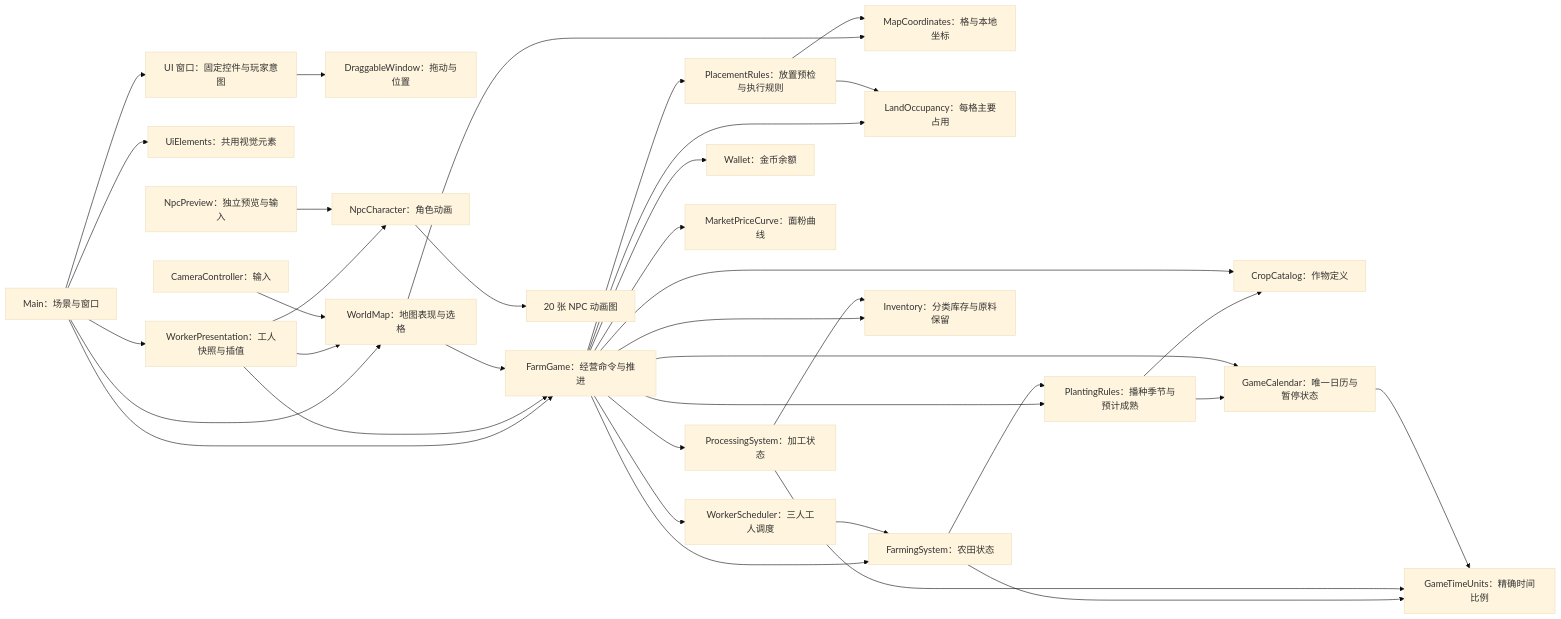
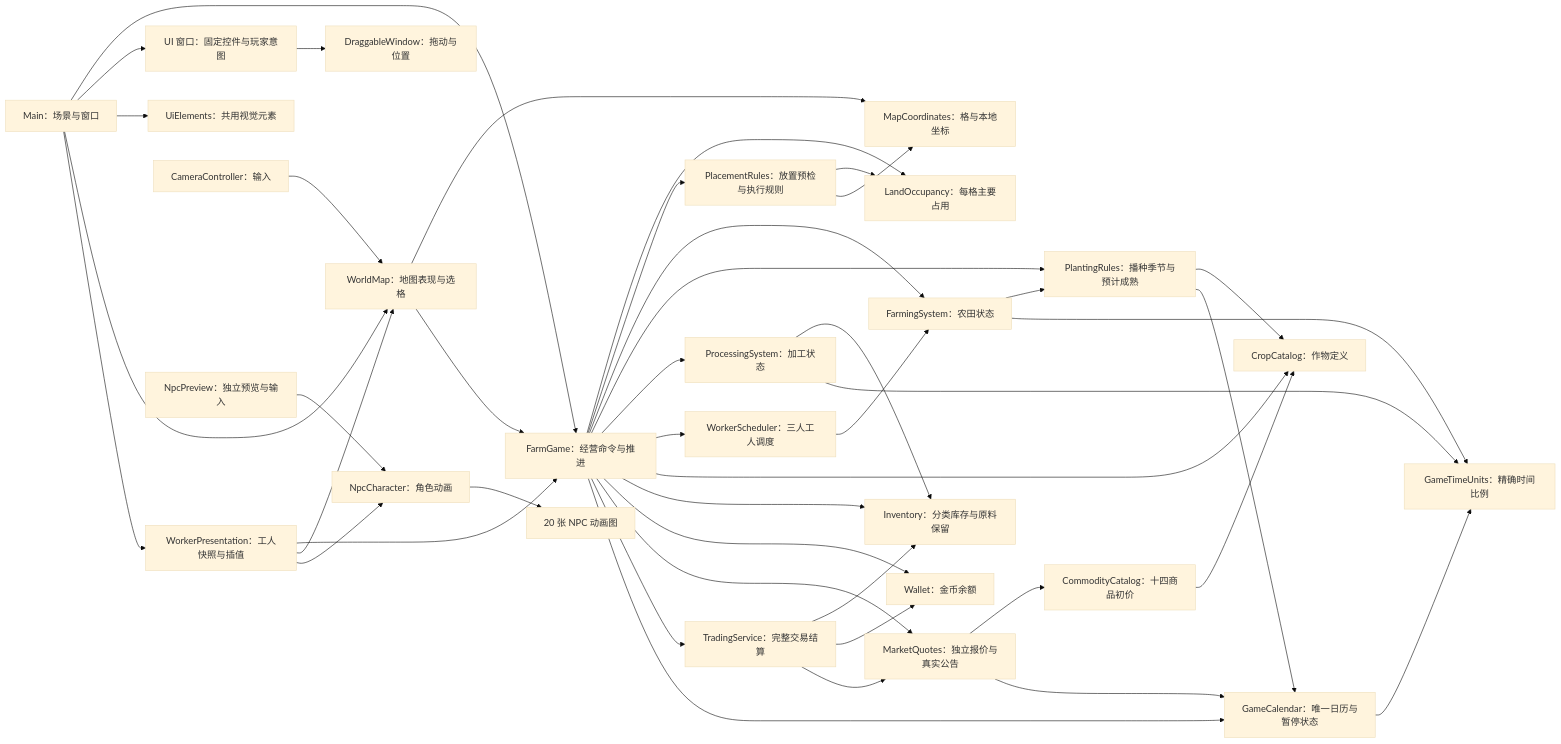
The diagram in docs/architecture/implementation-system-organization.md (Fotally/Farm-Exchange), drawn with Mermaid (base theme) before and after one commit. The commit also changed other lines of this file and 72 other files, not shown here.

Commit message:
feat: independent market quotes and instant commodity trading #71 #72 #73

````diff
--- a/docs/architecture/implementation-system-organization.md
+++ b/docs/architecture/implementation-system-organization.md
@@ -5,38 +5,45 @@
 ```mermaid
 flowchart LR
     Main[Main：场景与窗口] --> FarmGame[FarmGame：经营命令与推进]
     Main --> UiWindows[UI 窗口：固定控件与玩家意图]
     UiWindows --> DragWindow[DraggableWindow：拖动与位置]
     Main --> UiStyle[UiElements：共用视觉元素]
     Main --> WorldMap[WorldMap：地图表现与选格]
     Main --> WorkerPresentation[WorkerPresentation：工人快照与插值]
     WorkerPresentation --> FarmGame
     WorkerPresentation --> WorldMap
     WorkerPresentation --> NpcCharacter[NpcCharacter：角色动画]
     Camera[CameraController：输入] --> WorldMap
     WorldMap --> MapCoordinates[MapCoordinates：格与本地坐标]
     WorldMap --> FarmGame
     FarmGame --> LandOccupancy[LandOccupancy：每格主要占用]
     FarmGame --> PlacementRules[PlacementRules：放置预检与执行规则]
     PlacementRules --> LandOccupancy
     PlacementRules --> MapCoordinates
     FarmGame --> FarmingSystem[FarmingSystem：农田状态]
     FarmGame --> PlantingRules[PlantingRules：播种季节与预计成熟]
     FarmGame --> ProcessingSystem[ProcessingSystem：加工状态]
     FarmGame --> WorkerScheduler[WorkerScheduler：三人工人调度]
     WorkerScheduler --> FarmingSystem
     FarmingSystem --> PlantingRules
     PlantingRules --> CropCatalog
     PlantingRules --> GameCalendar
     FarmGame --> CropCatalog[CropCatalog：作物定义]
     FarmGame --> Inventory[Inventory：分类库存与原料保留]
     ProcessingSystem --> Inventory
     FarmGame --> Wallet[Wallet：金币余额]
-    FarmGame --> Market[MarketPriceCurve：面粉曲线]
+    FarmGame --> Market[MarketQuotes：独立报价与真实公告]
+    FarmGame --> Trading[TradingService：完整交易结算]
+    Trading --> Inventory
+    Trading --> Wallet
+    Trading --> Market
+    Market --> CommodityCatalog[CommodityCatalog：十四商品初价]
+    CommodityCatalog --> CropCatalog
+    Market --> GameCalendar
     FarmGame --> GameCalendar[GameCalendar：唯一日历与暂停状态]
     FarmingSystem --> GameTimeUnits[GameTimeUnits：精确时间比例]
     ProcessingSystem --> GameTimeUnits
     GameCalendar --> GameTimeUnits
     NpcPreview[NpcPreview：独立预览与输入] --> NpcCharacter
     NpcCharacter --> NpcSheets[20 张 NPC 动画图]
 ```
````
